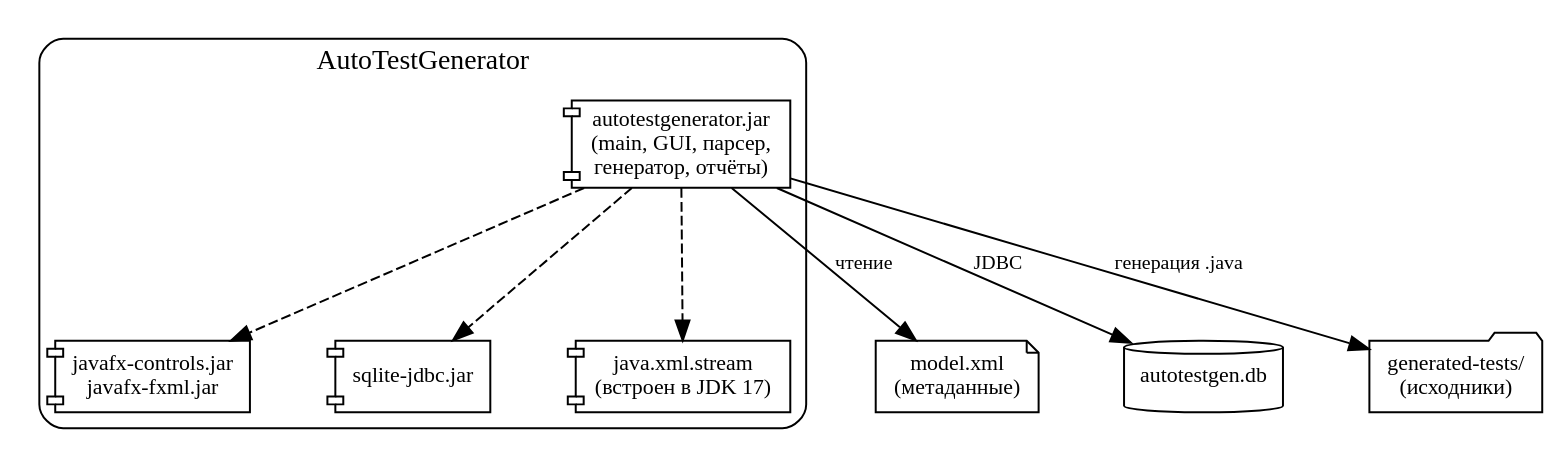
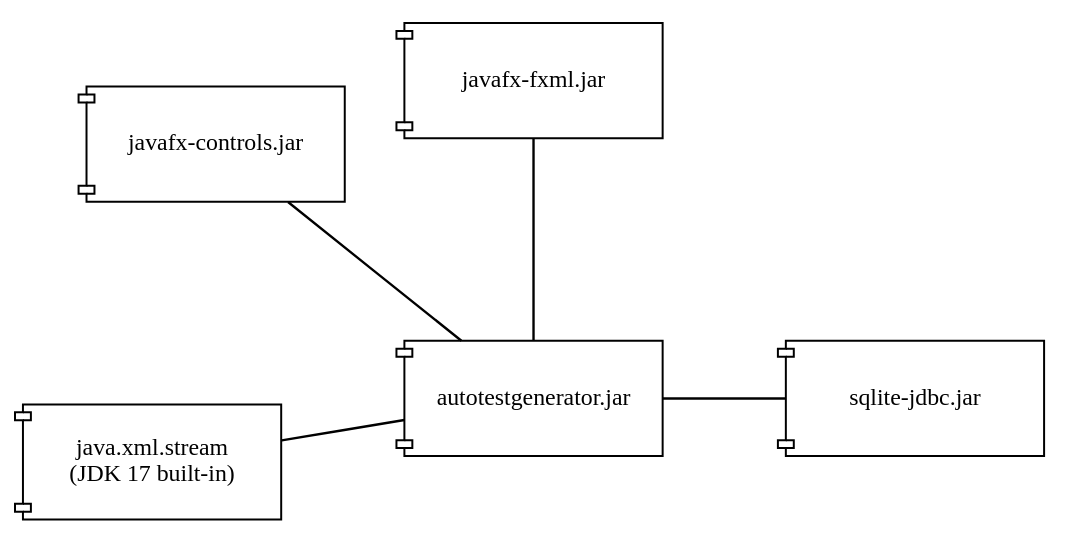
One commit to nastolbov/AutoTestGeneratorUpdate changed the diagram in diagrams/components.dot. Above: the diagram before and after it, drawn with Graphviz. The commit also changed 1 other file, not shown here.

Commit message:
components: переделана в стиле учебника, только реальные зависимости
Стиль соответствует образцу из диплома Столбова:
  • shape=component (с UML-иконкой)
  • Простые линии (не пунктирные)
  • Центральный компонент + периферия

Содержимое — РЕАЛЬНЫЕ зависимости pom.xml нашего приложения:
  • autotestgenerator.jar (центр)
  • javafx-controls.jar, javafx-fxml.jar — GUI
  • sqlite-jdbc.jar — БД истории
  • java.xml.stream (JDK 17 built-in) — StAX-парсер

УБРАНЫ: Selenium.jar и JUnit.jar — они зависимости ВЫХОДНОГО
артефакта (generated-tests/pom.xml), а не нашего приложения.

https://claude.ai/code/session_01WPz1fK92QEsvtXEfVLPRQp

```diff
--- a/diagrams/components.dot
+++ b/diagrams/components.dot
@@ -1,27 +1,25 @@
-digraph Components {
-    rankdir=TB; fontname="Liberation Serif";
-    nodesep=0.6; ranksep=0.9;
-    node [fontname="Liberation Serif", fontsize=11, style=filled, fillcolor=white];
-    edge [color=black, fontname="Liberation Serif", fontsize=10];
+graph G {
+    layout=neato;
+    fontname="Liberation Serif";
+    overlap=false;
+    splines=true;
+    sep="+15";
+    node [fontname="Liberation Serif", fontsize=12,
+          shape=component, style=filled, fillcolor=white,
+          width=1.8, height=0.8];
+    edge [color=black, penwidth=1.2];
 
-    subgraph cluster_app {
-        label="AutoTestGenerator";
-        style=rounded; labelloc=t;
-        AppJar [shape=component, label="autotestgenerator.jar\n(main, GUI, парсер,\nгенератор, отчёты)"];
-        JavaFX [shape=component, label="javafx-controls.jar\njavafx-fxml.jar"];
-        SQLite [shape=component, label="sqlite-jdbc.jar"];
-        StAX   [shape=component, label="java.xml.stream\n(встроен в JDK 17)"];
+    // Центральный компонент — наше приложение
+    AppJar [label="autotestgenerator.jar", pos="3,2!"];
 
-        AppJar -> JavaFX [style=dashed];
-        AppJar -> SQLite [style=dashed];
-        AppJar -> StAX   [style=dashed];
-    }
+    // Связи как в учебнике: простые линии без подписей и стрелок
+    JavaFXC  [label="javafx-controls.jar", pos="0.5,4!"];
+    JavaFXF  [label="javafx-fxml.jar",     pos="3,4.5!"];
+    SQLite   [label="sqlite-jdbc.jar",     pos="6,2!"];
+    StAX     [label="java.xml.stream\n(JDK 17 built-in)", pos="0,1.5!"];
 
-    XmlFile  [shape=note,     label="model.xml\n(метаданные)"];
-    SQLiteDb [shape=cylinder, label="autotestgen.db"];
-    OutDir   [shape=folder,   label="generated-tests/\n(исходники)"];
-
-    AppJar -> XmlFile  [label="чтение"];
-    AppJar -> SQLiteDb [label="JDBC"];
-    AppJar -> OutDir   [label="генерация .java"];
+    AppJar -- JavaFXC;
+    AppJar -- JavaFXF;
+    AppJar -- SQLite;
+    AppJar -- StAX;
 }
```
